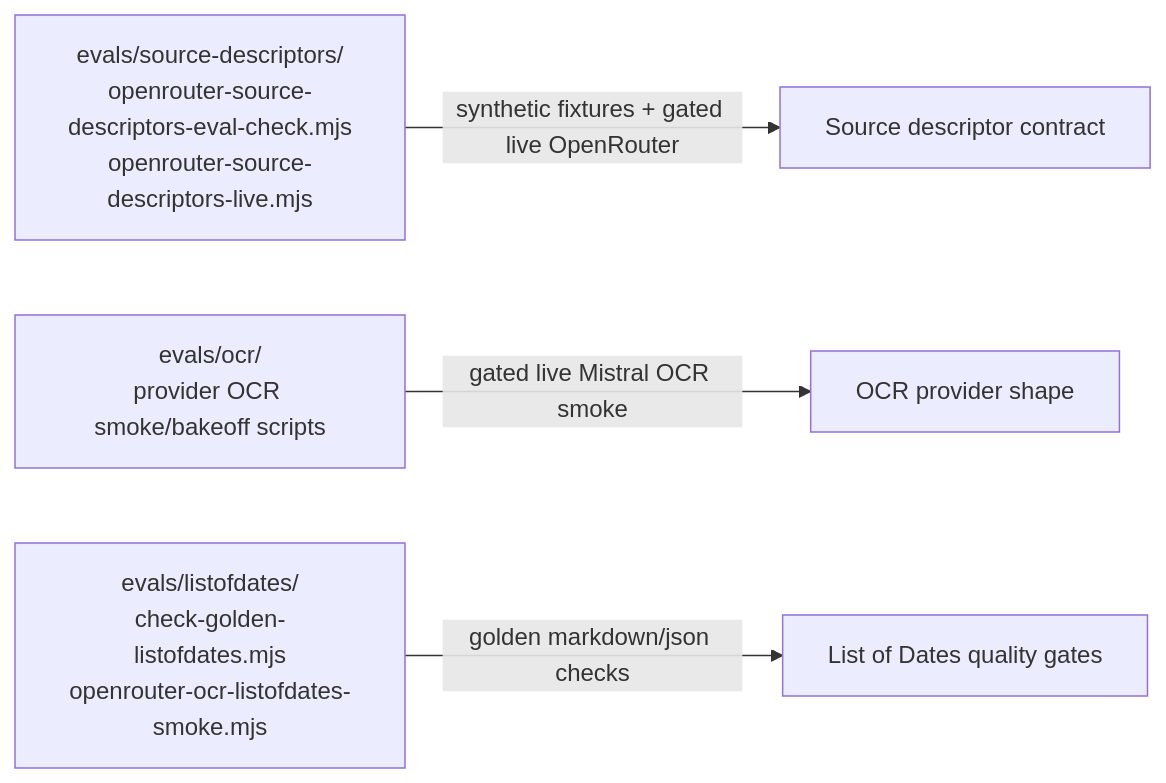
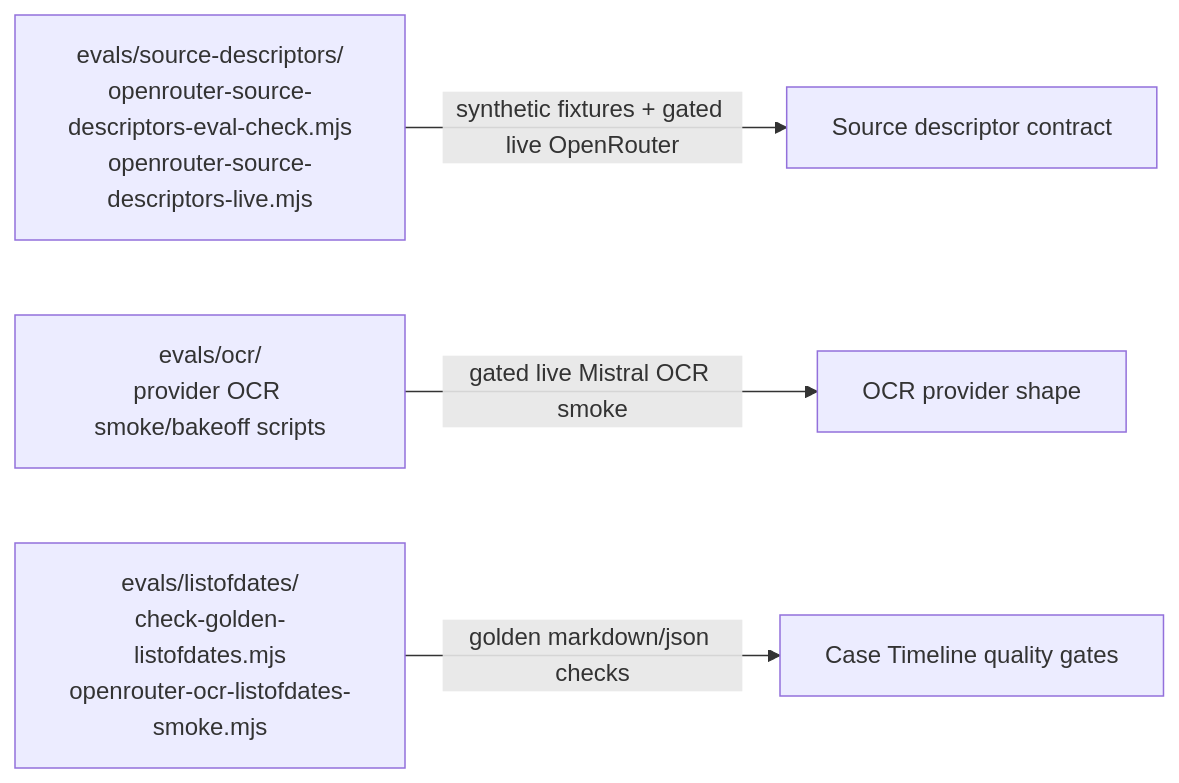
Before and after one commit to molotovsingh/matter-workbench: the third of 3 diagrams in docs/codebase-diagram.md, drawn with Mermaid. The commit also changed other lines of this file and 169 other files, not shown here.

Commit message:
Canonicalize Case Timeline artifacts and operation

````diff
--- a/docs/codebase-diagram.md
+++ b/docs/codebase-diagram.md
@@ -292,10 +292,10 @@
 ```mermaid
 flowchart LR
   SourceEval["evals/source-descriptors/<br/>openrouter-source-descriptors-eval-check.mjs<br/>openrouter-source-descriptors-live.mjs"]
   OcrSmoke["evals/ocr/<br/>provider OCR smoke/bakeoff scripts"]
   LodEval["evals/listofdates/<br/>check-golden-listofdates.mjs<br/>openrouter-ocr-listofdates-smoke.mjs"]
 
   SourceEval -->|"synthetic fixtures + gated live OpenRouter"| SourceContract["Source descriptor contract"]
   OcrSmoke -->|"gated live Mistral OCR smoke"| OcrContract["OCR provider shape"]
-  LodEval -->|"golden markdown/json checks"| LodContract["List of Dates quality gates"]
+  LodEval -->|"golden markdown/json checks"| LodContract["Case Timeline quality gates"]
 ```
````
